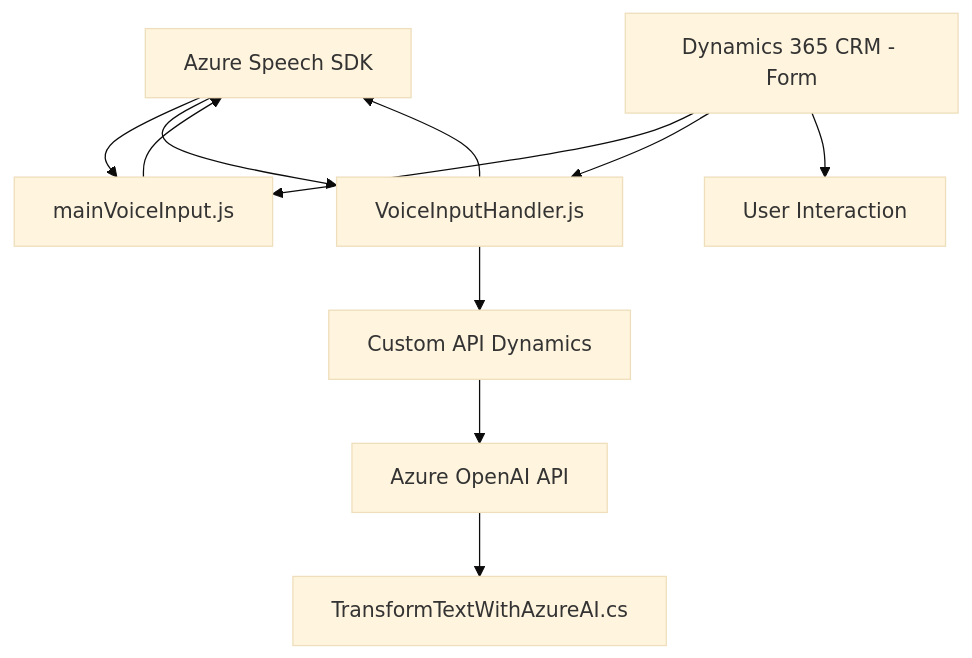
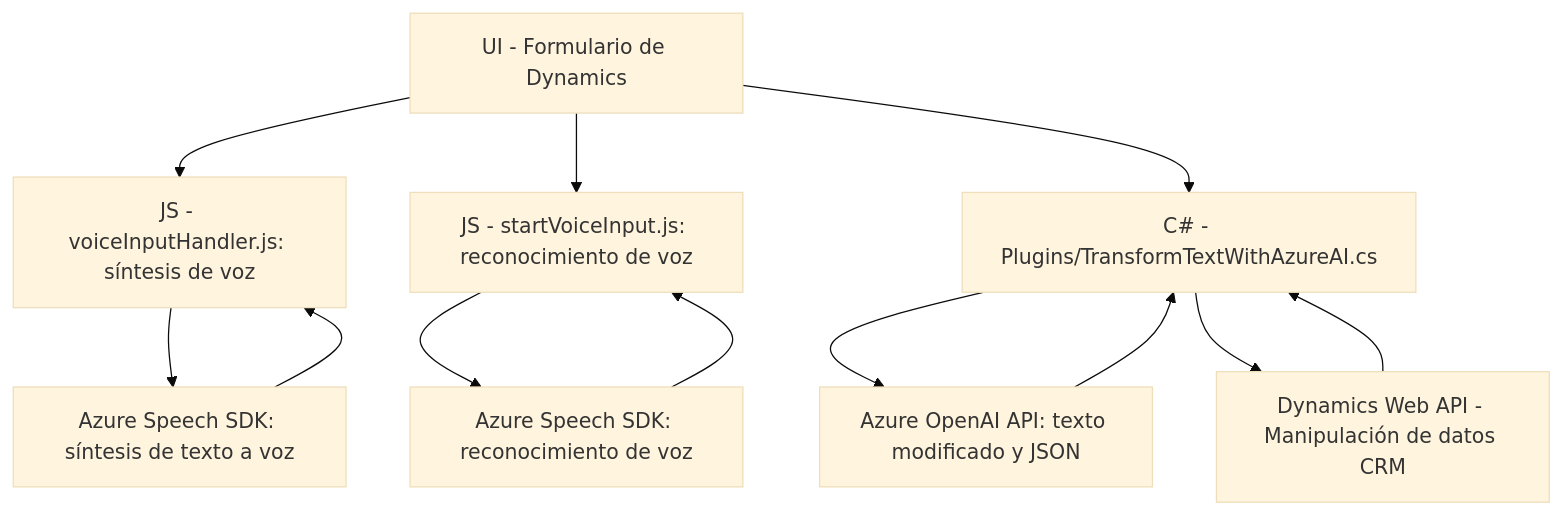
Before and after one commit to blopezdm/NETCORE_BILBAO2025: the diagram in README.md, drawn with Mermaid (base theme). The commit also changed other lines of this file, not shown here.

````diff
--- a/README.md
+++ b/README.md
@@ -42,13 +56,14 @@
 ```mermaid
 graph TD
-    A["Azure Speech SDK"] --> B["mainVoiceInput.js"]
-    A --> C["VoiceInputHandler.js"]
-    D["Dynamics 365 CRM - Form"] --> B
-    D --> C
-    C --> E["Custom API Dynamics"]
-    E --> F["Azure OpenAI API"]
-    F --> G["TransformTextWithAzureAI.cs"]
-    B --> A
-    C --> A
-    D --> H["User Interaction"]
+    A["UI - Formulario de Dynamics"] --> B["JS - voiceInputHandler.js: síntesis de voz"]
+    A --> C["JS - startVoiceInput.js: reconocimiento de voz"]
+    A --> D["C# - Plugins/TransformTextWithAzureAI.cs"]
+    B --> E["Azure Speech SDK: síntesis de texto a voz"]
+    C --> F["Azure Speech SDK: reconocimiento de voz"]
+    D --> G["Azure OpenAI API: texto modificado y JSON"]
+    D --> H["Dynamics Web API - Manipulación de datos CRM"]
+    E --> B
+    F --> C
+    G --> D
+    H --> D
 ```
````
